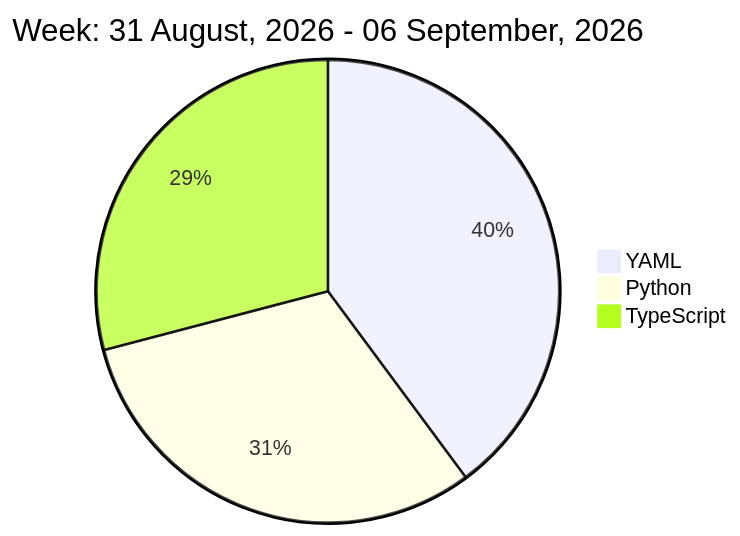
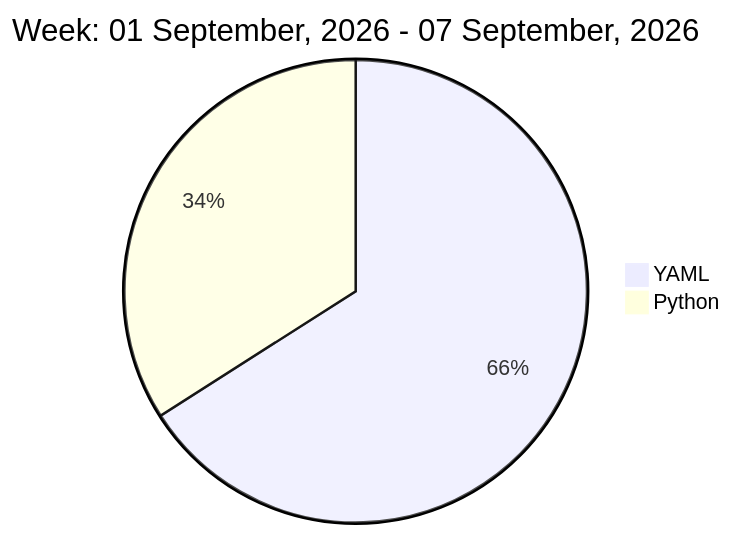
The diagram in README.md (liubin95/liubin95), drawn with Mermaid before and after one commit.

Commit message:
Updated the Graph with new Metrics

````diff
--- a/README.md
+++ b/README.md
@@ -32,7 +32,6 @@
 ```mermaid
  pie
-title Week: 31 August, 2026 - 06 September, 2026
- "YAML" : 2.22
- "Python" : 1.73
- "TypeScript" : 1.62
+title Week: 01 September, 2026 - 07 September, 2026
+ "YAML" : 3.43
+ "Python" : 1.77
 ```
````
